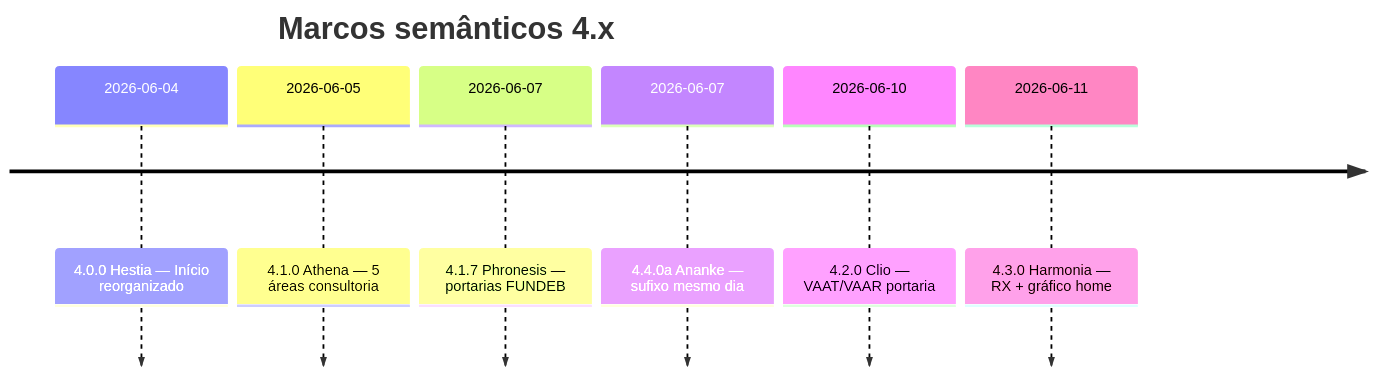
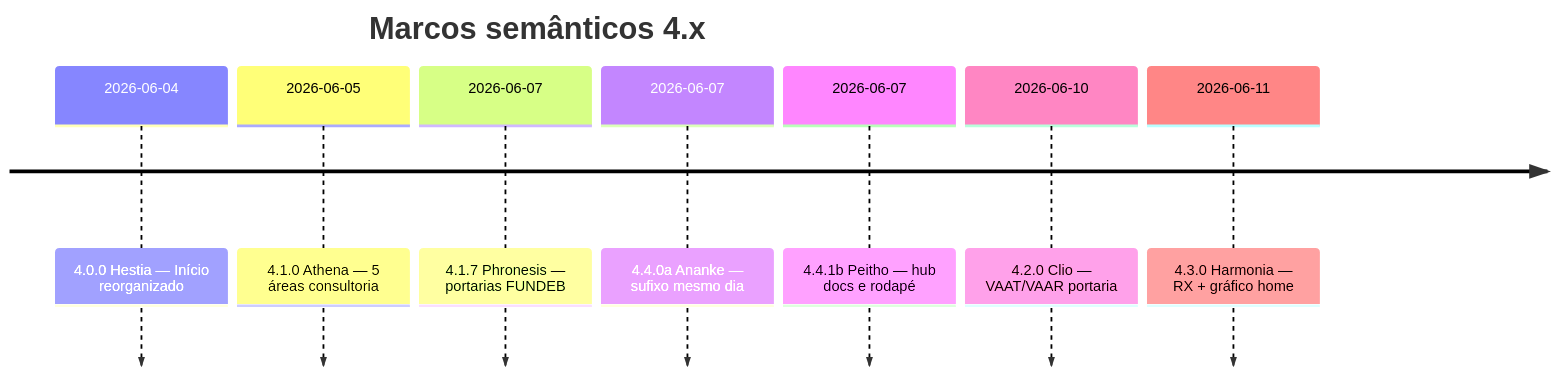
Before and after one commit to JaderGabriel/serventec-servlitcys: the diagram in docs/HISTORICO_VERSOES.md, drawn with Mermaid. The commit also changed other lines of this file and 8 other files, not shown here.

First line of the commit message:
release: 4.4.1 · 20260607b-Peitho — hub docs e rodapé dev/GitHub

````diff
--- a/docs/HISTORICO_VERSOES.md
+++ b/docs/HISTORICO_VERSOES.md
@@ -19,10 +19,11 @@
 ```mermaid
 timeline
     title Marcos semânticos 4.x
     2026-06-04 : 4.0.0 Hestia — Início reorganizado
     2026-06-05 : 4.1.0 Athena — 5 áreas consultoria
     2026-06-07 : 4.1.7 Phronesis — portarias FUNDEB
     2026-06-07 : 4.4.0a Ananke — sufixo mesmo dia
+    2026-06-07 : 4.4.1b Peitho — hub docs e rodapé
     2026-06-10 : 4.2.0 Clio — VAAT/VAAR portaria
     2026-06-11 : 4.3.0 Harmonia — RX + gráfico home
 ```
````
